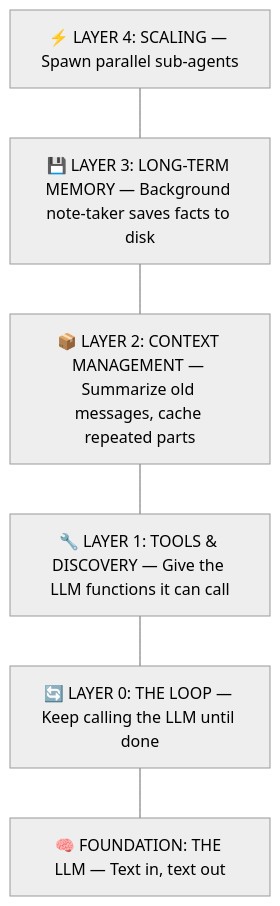
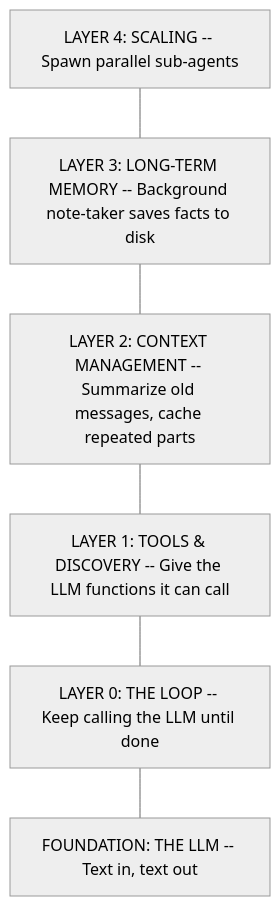
The fourth of 8 diagrams in README.md (2kages/agent-learning), drawn with Mermaid (neutral theme) before and after one commit. The commit also changed other lines of this file and 2 other files, not shown here.

````diff
--- a/README.md
+++ b/README.md
@@ -98,11 +164,11 @@
 ```mermaid
 flowchart TD
-    L4["⚡ LAYER 4: SCALING — Spawn parallel sub-agents"]
-    L3["💾 LAYER 3: LONG-TERM MEMORY — Background note-taker saves facts to disk"]
-    L2["📦 LAYER 2: CONTEXT MANAGEMENT — Summarize old messages, cache repeated parts"]
-    L1["🔧 LAYER 1: TOOLS & DISCOVERY — Give the LLM functions it can call"]
-    L0["🔄 LAYER 0: THE LOOP — Keep calling the LLM until done"]
-    FOUND["🧠 FOUNDATION: THE LLM — Text in, text out"]
+    L4["LAYER 4: SCALING -- Spawn parallel sub-agents"]
+    L3["LAYER 3: LONG-TERM MEMORY -- Background note-taker saves facts to disk"]
+    L2["LAYER 2: CONTEXT MANAGEMENT -- Summarize old messages, cache repeated parts"]
+    L1["LAYER 1: TOOLS & DISCOVERY -- Give the LLM functions it can call"]
+    L0["LAYER 0: THE LOOP -- Keep calling the LLM until done"]
+    FOUND["FOUNDATION: THE LLM -- Text in, text out"]
 
     L4 --- L3 --- L2 --- L1 --- L0 --- FOUND
 ```
````
